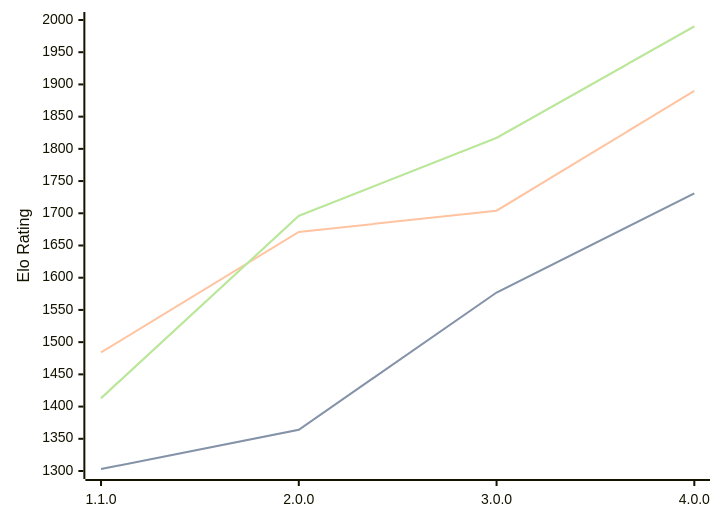
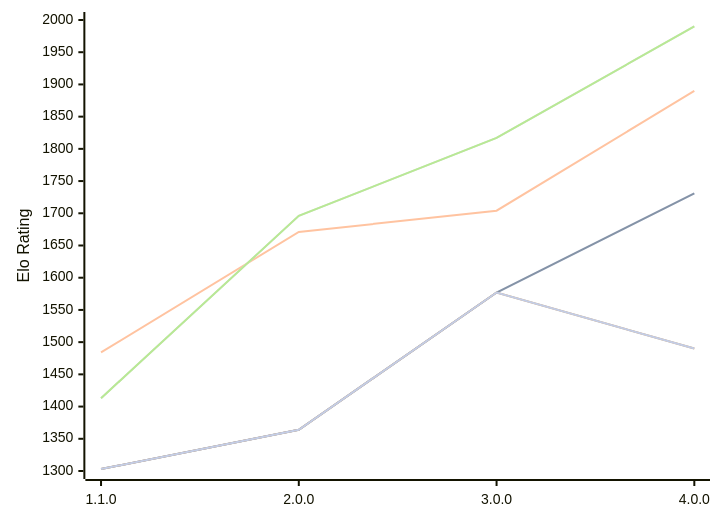
Before and after one commit to computer-chess-index/cci: the diagram in engines/Laura.md, drawn with Mermaid. The commit also changed other lines of this file, not shown here.

Commit message:
Update CCI Ratings (ELO VLTC) - 2026-10-11

````diff
--- a/engines/Laura.md
+++ b/engines/Laura.md
@@ -50,16 +50,13 @@
 ```mermaid
 %%{init: {"theme":"base","themeVariables":{"seriesColors:['#a3a3a3','#222221','#faa371']}}}%%
 xychart-beta
   x-axis ["1.1.0", "2.0.0", "3.0.0", "4.0.0"]
   y-axis "Elo Rating" 1300 --> 2000
   line "" [1303, 1364, 1577, 1731]
   line "T1: STC (8.0+0.08s)" [1303, 1364, 1577, 1731]
   line "T1: LTC (60.0+0.60s)" [1484, 1671, 1704, 1890]
   line "" [1413, 1696, 1817, 1990]
   line "T1: VLTC (2m24s+1.12s)" [1413, 1696, 1817, 1990]
-  line "" [1481]
-  line "E1: STC (8.0+0.08s)" [1481]
-  line "E1: LTC (60.0+0.60s)" [1785]
-  line "" [1875]
-  line "E1: VLTC (2m24s+1.12s)" [1875]
+  line "" [1303, 1364, 1577,1490]
+  line "E1: STC (8.0+0.08s)" [1303, 1364, 1577,1490]
 ```
````
